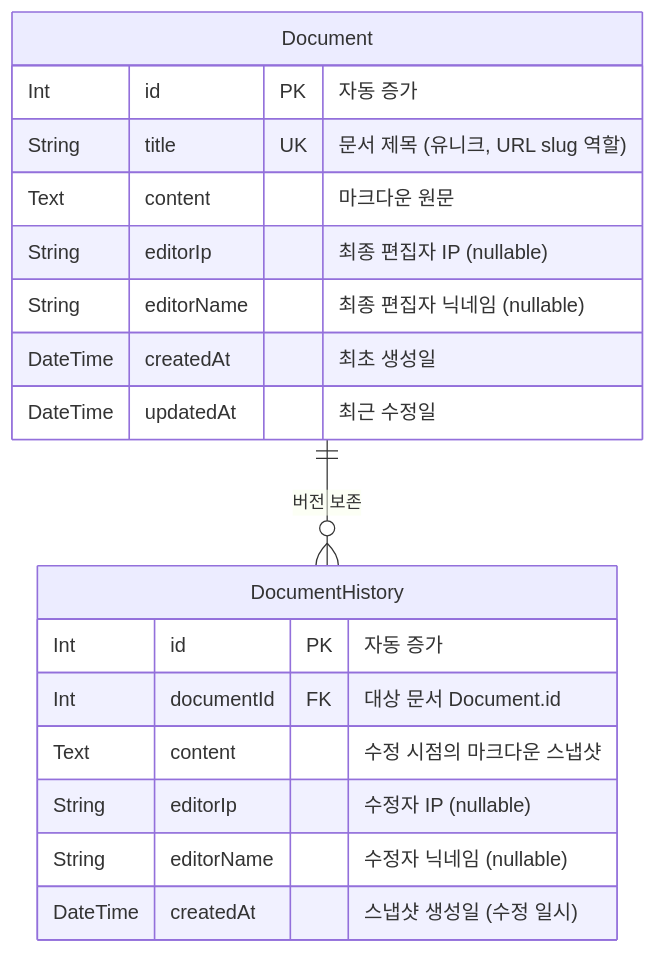
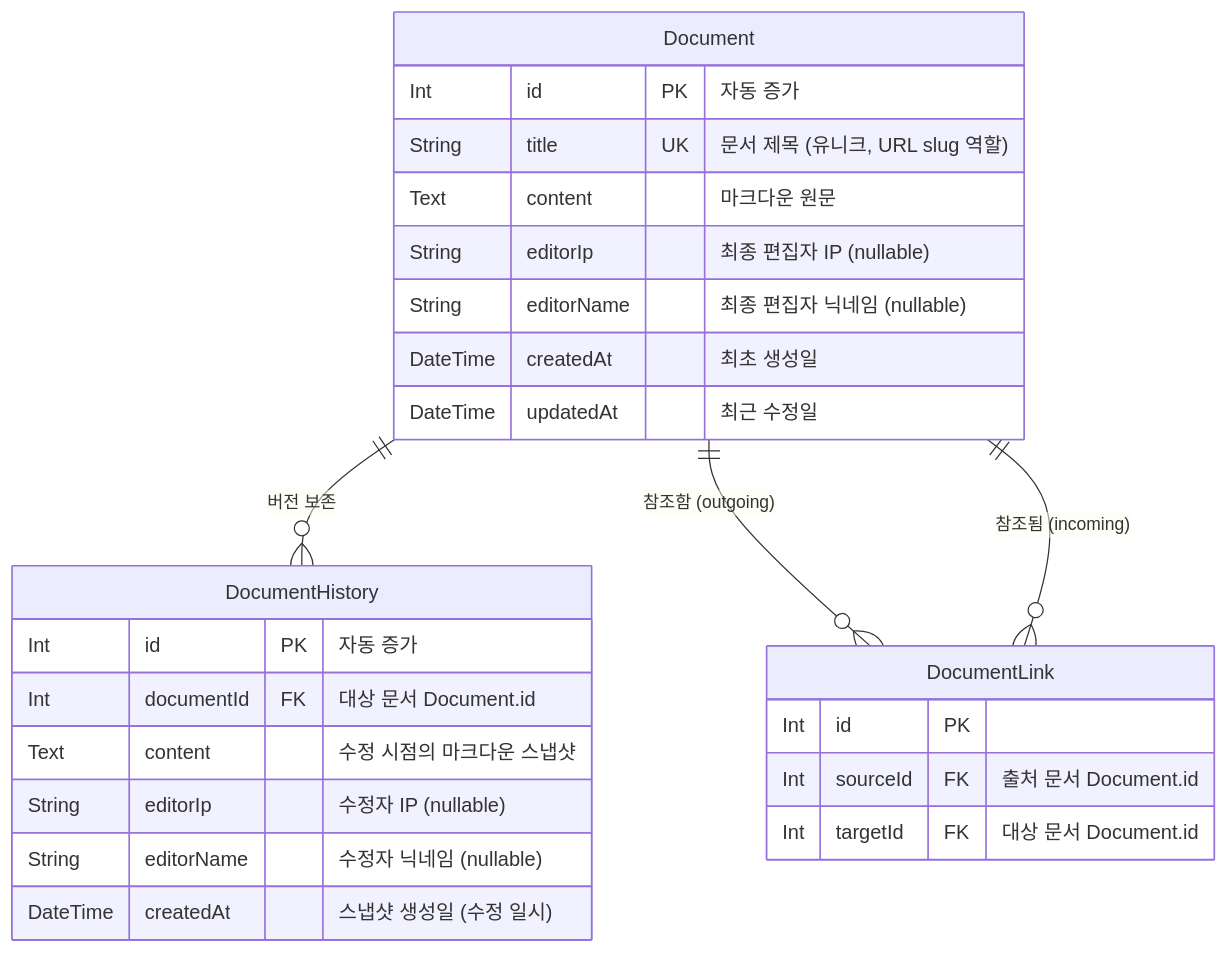
One commit to U-Geon/YesoWiki changed the diagram in docs/ERD.md. Above: the diagram before and after it, drawn with Mermaid. The commit also changed other lines of this file and 4 other files, not shown here.

````diff
--- a/docs/ERD.md
+++ b/docs/ERD.md
@@ -9,23 +9,31 @@
 ```mermaid
 erDiagram
     Document {
         Int      id          PK  "자동 증가"
         String   title       UK  "문서 제목 (유니크, URL slug 역할)"
         Text     content         "마크다운 원문"
         String   editorIp        "최종 편집자 IP (nullable)"
         String   editorName      "최종 편집자 닉네임 (nullable)"
         DateTime createdAt       "최초 생성일"
         DateTime updatedAt       "최근 수정일"
     }
 
     DocumentHistory {
         Int      id          PK  "자동 증가"
         Int      documentId  FK  "대상 문서 Document.id"
         Text     content         "수정 시점의 마크다운 스냅샷"
         String   editorIp        "수정자 IP (nullable)"
         String   editorName      "수정자 닉네임 (nullable)"
         DateTime createdAt       "스냅샷 생성일 (수정 일시)"
     }
 
+    DocumentLink {
+        Int id          PK
+        Int sourceId    FK  "출처 문서 Document.id"
+        Int targetId    FK  "대상 문서 Document.id"
+    }
+
     Document ||--o{ DocumentHistory : "버전 보존"
+    Document ||--o{ DocumentLink : "참조함 (outgoing)"
+    Document ||--o{ DocumentLink : "참조됨 (incoming)"
 ```
````
